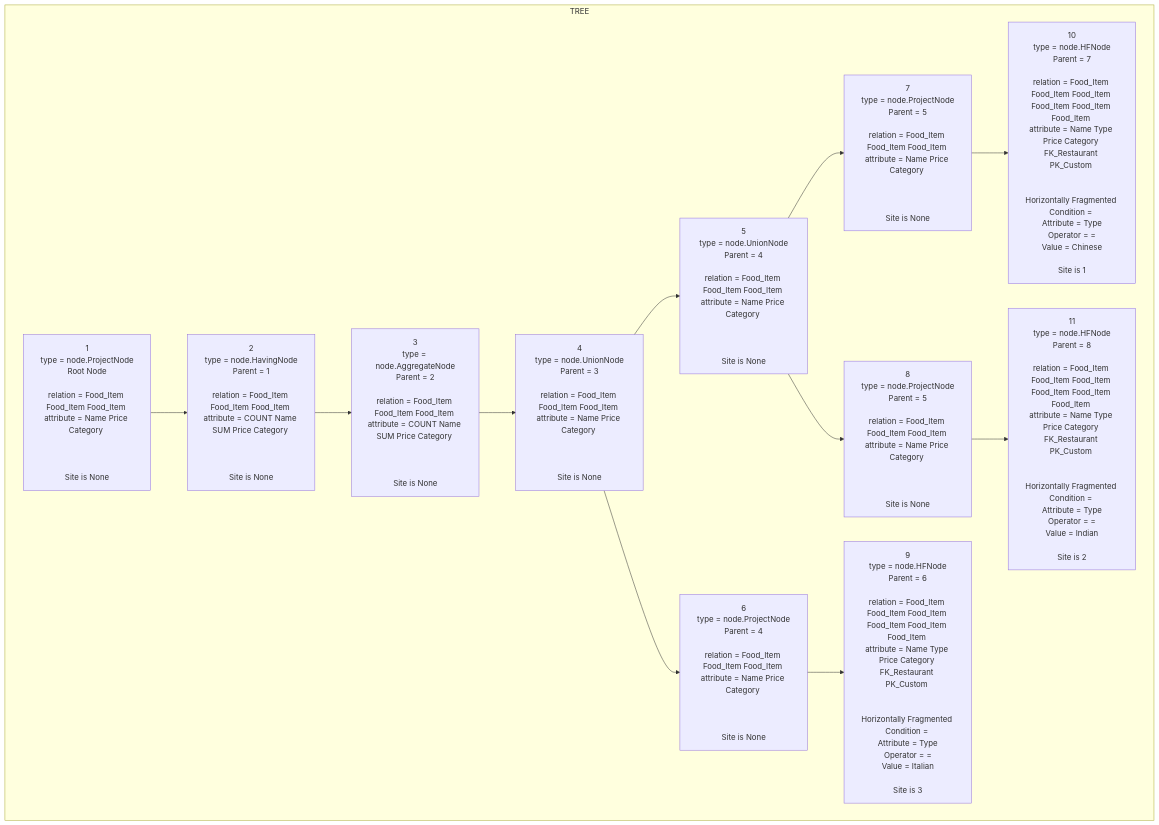
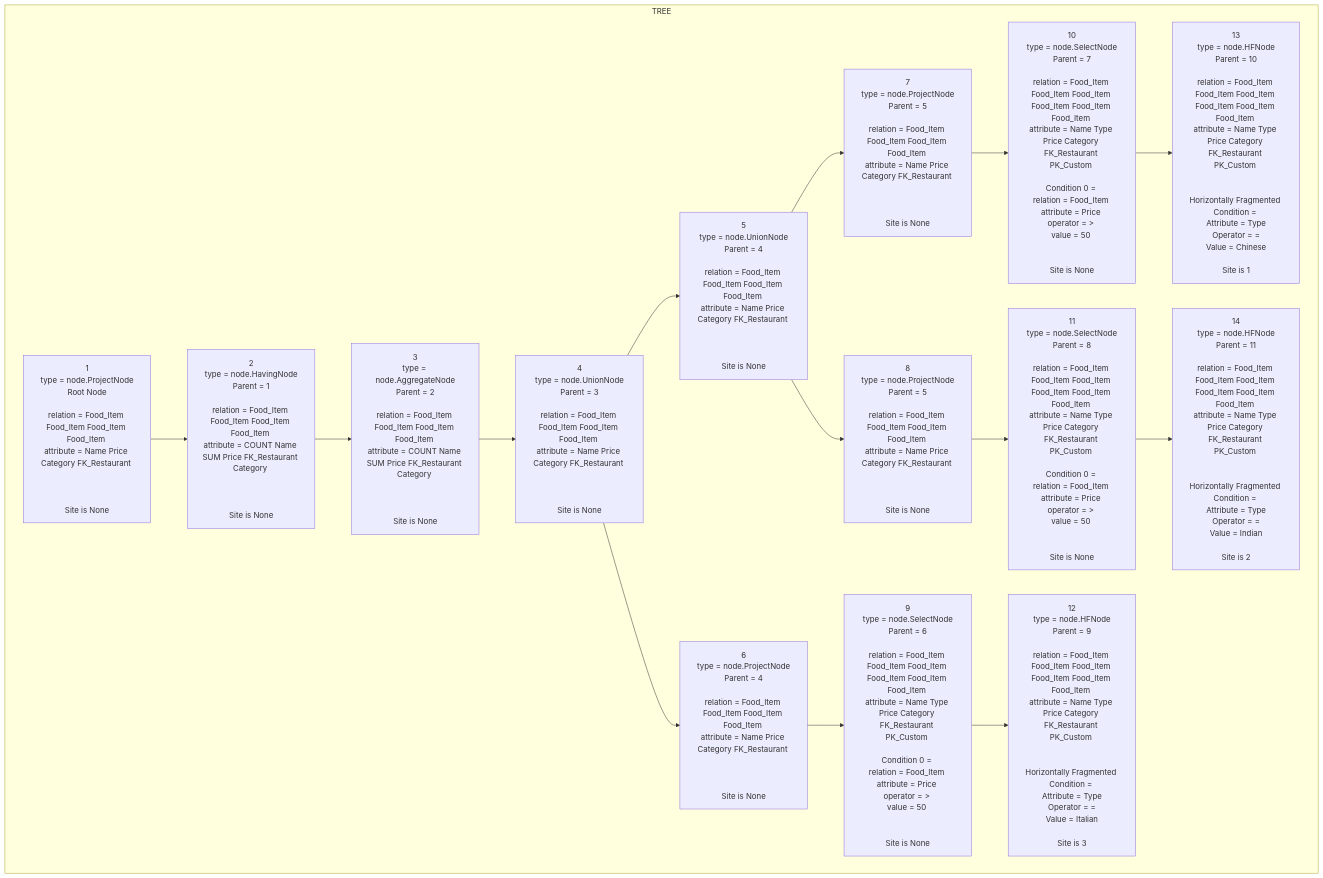
The diagram in phase3/src/complete.md (krtikgrg/Distributed_Database_System), drawn with Mermaid before and after one commit. The commit also changed 7 other files, not shown here.

````diff
--- a/phase3/src/complete.md
+++ b/phase3/src/complete.md
@@ -1,26 +1,32 @@
 ```mermaid
 graph TD
 subgraph TREE
-1[1<br/>type = node.ProjectNode<br/>Root Node<br/><br/>relation = Food_Item Food_Item Food_Item <br/>attribute = Name Price Category <br/><br/><br/><br/>Site is None<br/>]
-2[2<br/>type = node.HavingNode<br/>Parent = 1<br/><br/>relation = Food_Item Food_Item Food_Item <br/>attribute = COUNT Name SUM Price Category <br/><br/><br/><br/>Site is None<br/>]
+1[1<br/>type = node.ProjectNode<br/>Root Node<br/><br/>relation = Food_Item Food_Item Food_Item Food_Item <br/>attribute = Name Price Category FK_Restaurant <br/><br/><br/><br/>Site is None<br/>]
+2[2<br/>type = node.HavingNode<br/>Parent = 1<br/><br/>relation = Food_Item Food_Item Food_Item Food_Item <br/>attribute = COUNT Name SUM Price FK_Restaurant Category <br/><br/><br/><br/>Site is None<br/>]
 1-->2
-3[3<br/>type = node.AggregateNode<br/>Parent = 2<br/><br/>relation = Food_Item Food_Item Food_Item <br/>attribute = COUNT Name SUM Price Category <br/><br/><br/><br/>Site is None<br/>]
+3[3<br/>type = node.AggregateNode<br/>Parent = 2<br/><br/>relation = Food_Item Food_Item Food_Item Food_Item <br/>attribute = COUNT Name SUM Price FK_Restaurant Category <br/><br/><br/><br/>Site is None<br/>]
 2-->3
-4[4<br/>type = node.UnionNode<br/>Parent = 3<br/><br/>relation = Food_Item Food_Item Food_Item <br/>attribute = Name Price Category <br/><br/><br/><br/>Site is None<br/>]
+4[4<br/>type = node.UnionNode<br/>Parent = 3<br/><br/>relation = Food_Item Food_Item Food_Item Food_Item <br/>attribute = Name Price Category FK_Restaurant <br/><br/><br/><br/>Site is None<br/>]
 3-->4
-5[5<br/>type = node.UnionNode<br/>Parent = 4<br/><br/>relation = Food_Item Food_Item Food_Item <br/>attribute = Name Price Category <br/><br/><br/><br/>Site is None<br/>]
+5[5<br/>type = node.UnionNode<br/>Parent = 4<br/><br/>relation = Food_Item Food_Item Food_Item Food_Item <br/>attribute = Name Price Category FK_Restaurant <br/><br/><br/><br/>Site is None<br/>]
 4-->5
-6[6<br/>type = node.ProjectNode<br/>Parent = 4<br/><br/>relation = Food_Item Food_Item Food_Item <br/>attribute = Name Price Category <br/><br/><br/><br/>Site is None<br/>]
+6[6<br/>type = node.ProjectNode<br/>Parent = 4<br/><br/>relation = Food_Item Food_Item Food_Item Food_Item <br/>attribute = Name Price Category FK_Restaurant <br/><br/><br/><br/>Site is None<br/>]
 4-->6
-7[7<br/>type = node.ProjectNode<br/>Parent = 5<br/><br/>relation = Food_Item Food_Item Food_Item <br/>attribute = Name Price Category <br/><br/><br/><br/>Site is None<br/>]
+7[7<br/>type = node.ProjectNode<br/>Parent = 5<br/><br/>relation = Food_Item Food_Item Food_Item Food_Item <br/>attribute = Name Price Category FK_Restaurant <br/><br/><br/><br/>Site is None<br/>]
 5-->7
-8[8<br/>type = node.ProjectNode<br/>Parent = 5<br/><br/>relation = Food_Item Food_Item Food_Item <br/>attribute = Name Price Category <br/><br/><br/><br/>Site is None<br/>]
+8[8<br/>type = node.ProjectNode<br/>Parent = 5<br/><br/>relation = Food_Item Food_Item Food_Item Food_Item <br/>attribute = Name Price Category FK_Restaurant <br/><br/><br/><br/>Site is None<br/>]
 5-->8
-9[9<br/>type = node.HFNode<br/>Parent = 6<br/><br/>relation = Food_Item Food_Item Food_Item Food_Item Food_Item Food_Item <br/>attribute = Name Type Price Category FK_Restaurant PK_Custom <br/><br/><br/>Horizontally Fragmented Condition = <br/>Attribute = Type<br/>Operator = =<br/>Value = Italian<br/><br/>Site is 3<br/>]
+9[9<br/>type = node.SelectNode<br/>Parent = 6<br/><br/>relation = Food_Item Food_Item Food_Item Food_Item Food_Item Food_Item <br/>attribute = Name Type Price Category FK_Restaurant PK_Custom <br/><br/>Condition 0 = <br/>relation = Food_Item <br/>attribute = Price <br/>operator = > <br/>value = 50 <br/><br/><br/>Site is None<br/>]
 6-->9
-10[10<br/>type = node.HFNode<br/>Parent = 7<br/><br/>relation = Food_Item Food_Item Food_Item Food_Item Food_Item Food_Item <br/>attribute = Name Type Price Category FK_Restaurant PK_Custom <br/><br/><br/>Horizontally Fragmented Condition = <br/>Attribute = Type<br/>Operator = =<br/>Value = Chinese<br/><br/>Site is 1<br/>]
+10[10<br/>type = node.SelectNode<br/>Parent = 7<br/><br/>relation = Food_Item Food_Item Food_Item Food_Item Food_Item Food_Item <br/>attribute = Name Type Price Category FK_Restaurant PK_Custom <br/><br/>Condition 0 = <br/>relation = Food_Item <br/>attribute = Price <br/>operator = > <br/>value = 50 <br/><br/><br/>Site is None<br/>]
 7-->10
-11[11<br/>type = node.HFNode<br/>Parent = 8<br/><br/>relation = Food_Item Food_Item Food_Item Food_Item Food_Item Food_Item <br/>attribute = Name Type Price Category FK_Restaurant PK_Custom <br/><br/><br/>Horizontally Fragmented Condition = <br/>Attribute = Type<br/>Operator = =<br/>Value = Indian<br/><br/>Site is 2<br/>]
+11[11<br/>type = node.SelectNode<br/>Parent = 8<br/><br/>relation = Food_Item Food_Item Food_Item Food_Item Food_Item Food_Item <br/>attribute = Name Type Price Category FK_Restaurant PK_Custom <br/><br/>Condition 0 = <br/>relation = Food_Item <br/>attribute = Price <br/>operator = > <br/>value = 50 <br/><br/><br/>Site is None<br/>]
 8-->11
+12[12<br/>type = node.HFNode<br/>Parent = 9<br/><br/>relation = Food_Item Food_Item Food_Item Food_Item Food_Item Food_Item <br/>attribute = Name Type Price Category FK_Restaurant PK_Custom <br/><br/><br/>Horizontally Fragmented Condition = <br/>Attribute = Type<br/>Operator = =<br/>Value = Italian<br/><br/>Site is 3<br/>]
+9-->12
+13[13<br/>type = node.HFNode<br/>Parent = 10<br/><br/>relation = Food_Item Food_Item Food_Item Food_Item Food_Item Food_Item <br/>attribute = Name Type Price Category FK_Restaurant PK_Custom <br/><br/><br/>Horizontally Fragmented Condition = <br/>Attribute = Type<br/>Operator = =<br/>Value = Chinese<br/><br/>Site is 1<br/>]
+10-->13
+14[14<br/>type = node.HFNode<br/>Parent = 11<br/><br/>relation = Food_Item Food_Item Food_Item Food_Item Food_Item Food_Item <br/>attribute = Name Type Price Category FK_Restaurant PK_Custom <br/><br/><br/>Horizontally Fragmented Condition = <br/>Attribute = Type<br/>Operator = =<br/>Value = Indian<br/><br/>Site is 2<br/>]
+11-->14
 end
 ```
````
